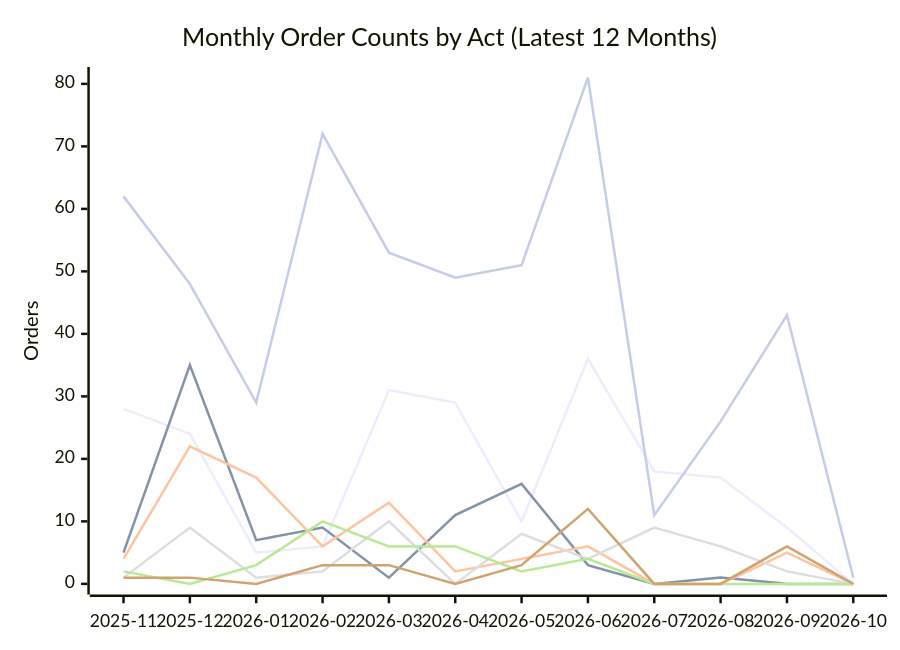
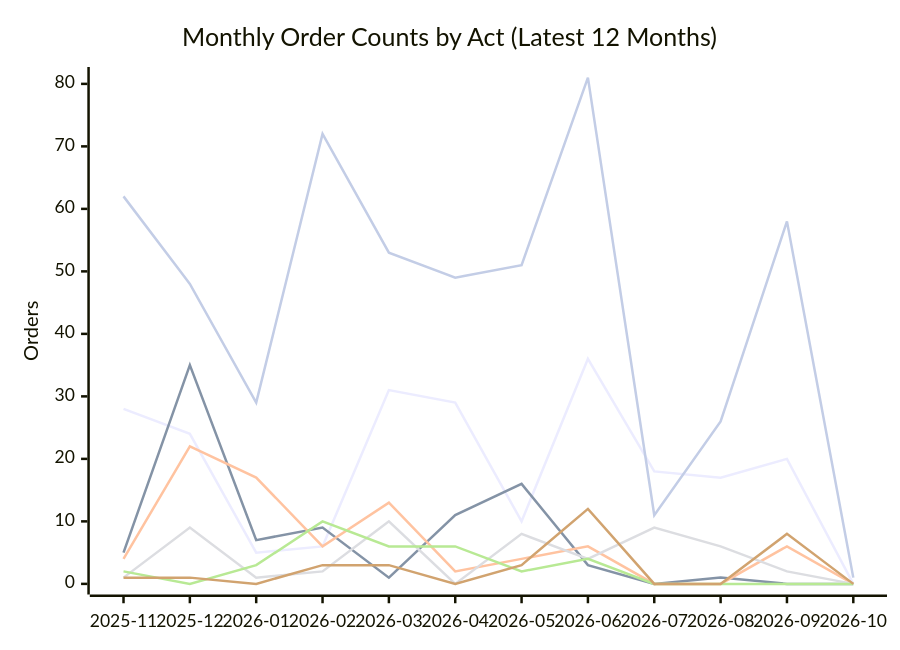
Before and after one commit to PatLittle/oic-data: the second of 2 diagrams in README.md, drawn with Mermaid. The commit also changed other lines of this file and 59 other files, not shown here.

````diff
--- a/README.md
+++ b/README.md
@@ -71,13 +71,13 @@
 ```mermaid
 xychart-beta
     title "Monthly Order Counts by Act (Latest 12 Months)"
     x-axis ["2025-11", "2025-12", "2026-01", "2026-02", "2026-03", "2026-04", "2026-05", "2026-06", "2026-07", "2026-08", "2026-09", "2026-10"]
     y-axis "Orders" 0 --> 81
-    line [28, 24, 5, 6, 31, 29, 10, 36, 18, 17, 9, 0]
+    line [28, 24, 5, 6, 31, 29, 10, 36, 18, 17, 20, 0]
     line [5, 35, 7, 9, 1, 11, 16, 3, 0, 1, 0, 0]
-    line [4, 22, 17, 6, 13, 2, 4, 6, 0, 0, 5, 0]
+    line [4, 22, 17, 6, 13, 2, 4, 6, 0, 0, 6, 0]
     line [1, 9, 1, 2, 10, 0, 8, 4, 9, 6, 2, 0]
     line [2, 0, 3, 10, 6, 6, 2, 4, 0, 0, 0, 0]
-    line [1, 1, 0, 3, 3, 0, 3, 12, 0, 0, 6, 0]
-    line [62, 48, 29, 72, 53, 49, 51, 81, 11, 26, 43, 1]
+    line [1, 1, 0, 3, 3, 0, 3, 12, 0, 0, 8, 0]
+    line [62, 48, 29, 72, 53, 49, 51, 81, 11, 26, 58, 1]
 ```
````
